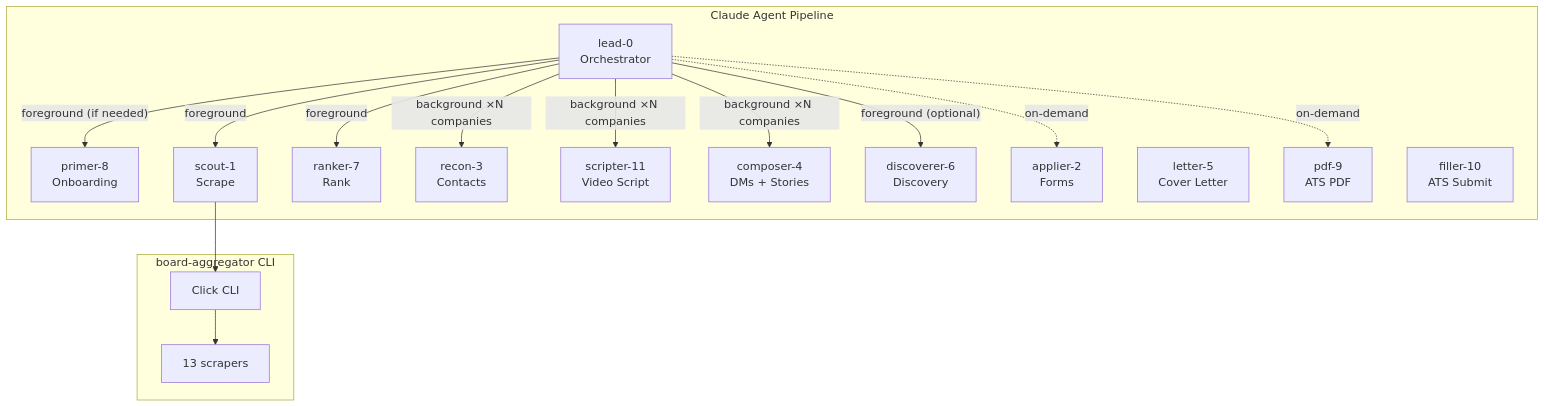
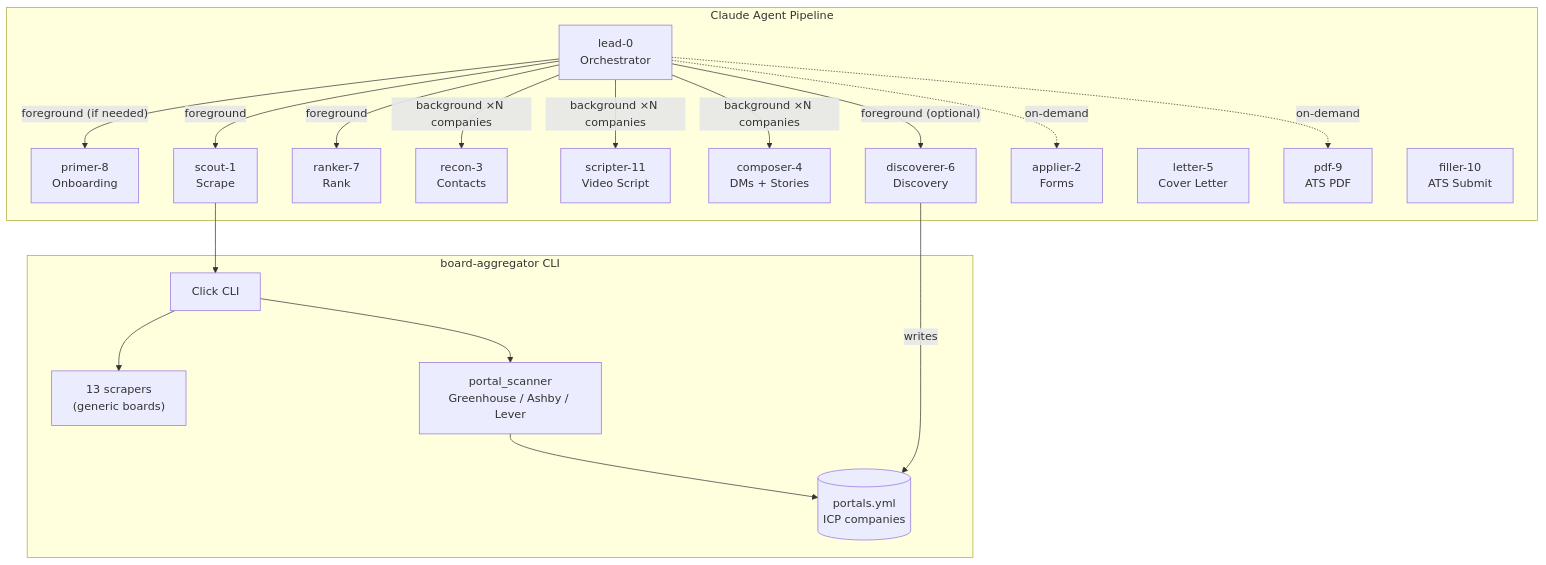
One commit to 0xquinto/agent-job-research changed the diagram in README.md. Above: the diagram before and after it, drawn with Mermaid. The commit also changed other lines of this file, not shown here.

Commit message:
docs(readme): document ATS portal scanner as second scrape source alongside generic boards

````diff
--- a/README.md
+++ b/README.md
@@ -50,34 +54,39 @@
 ```mermaid
 graph TB
     subgraph Pipeline["Claude Agent Pipeline"]
         Lead[lead-0<br/>Orchestrator]
         Primer[primer-8<br/>Onboarding]
         Scout[scout-1<br/>Scrape]
         Ranker[ranker-7<br/>Rank]
         Recon[recon-3<br/>Contacts]
         Scripter[scripter-11<br/>Video Script]
         Composer[composer-4<br/>DMs + Stories]
         Discoverer[discoverer-6<br/>Discovery]
         Applier[applier-2<br/>Forms]
         Letter[letter-5<br/>Cover Letter]
         PDF[pdf-9<br/>ATS PDF]
         Filler[filler-10<br/>ATS Submit]
     end
 
     subgraph Scraper["board-aggregator CLI"]
         CLI[Click CLI]
-        Scrapers["13 scrapers"]
+        Scrapers["13 scrapers<br/>(generic boards)"]
+        PortalScanner["portal_scanner<br/>Greenhouse / Ashby / Lever"]
+        PortalsYml[("portals.yml<br/>ICP companies")]
     end
 
     Lead -->|"foreground (if needed)"| Primer
     Lead -->|foreground| Scout
     Lead -->|foreground| Ranker
     Lead -->|"background ×N companies"| Recon
     Lead -->|"background ×N companies"| Scripter
     Lead -->|"background ×N companies"| Composer
     Lead -->|"foreground (optional)"| Discoverer
     Lead -.->|on-demand| Applier
     Lead -.->|on-demand| PDF
+    Discoverer -->|writes| PortalsYml
     Scout --> CLI
     CLI --> Scrapers
+    CLI --> PortalScanner
+    PortalScanner --> PortalsYml
 ```
````
